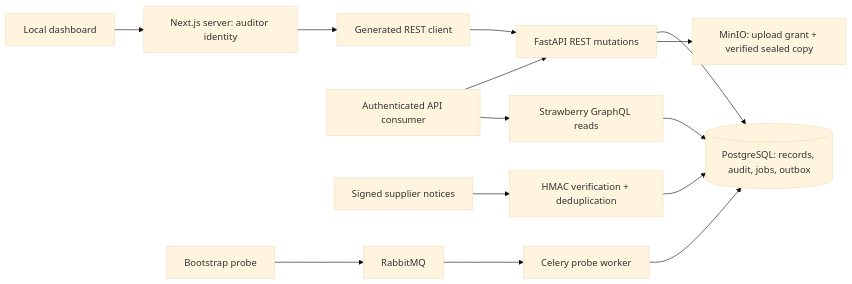
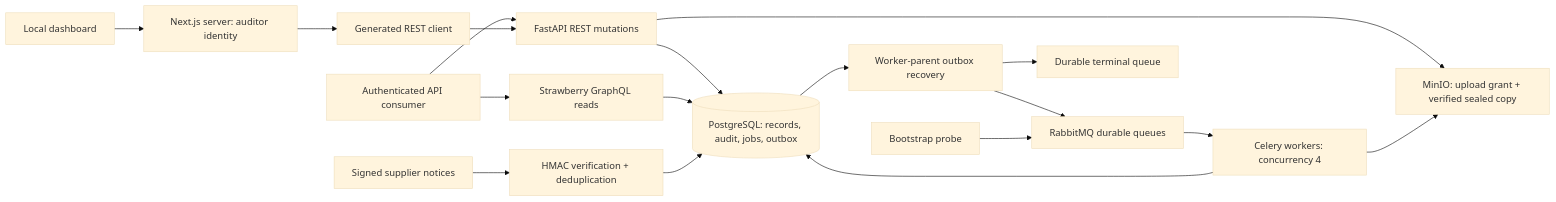
The diagram in docs/architecture/overview.md (Toki001/reconcileIQ), drawn with Mermaid (base theme) before and after one commit. The commit also changed other lines of this file and 40 other files, not shown here.

````diff
--- a/docs/architecture/overview.md
+++ b/docs/architecture/overview.md
@@ -3,16 +3,20 @@
 ```mermaid
 flowchart LR
   Browser[Local dashboard] --> Next[Next.js server: auditor identity]
   Next --> Client[Generated REST client]
   Integrator[Authenticated API consumer] --> REST[FastAPI REST mutations]
   Integrator --> GQL[Strawberry GraphQL reads]
   Client --> REST
   REST --> DB[(PostgreSQL: records, audit, jobs, outbox)]
   GQL --> DB
   Supplier[Signed supplier notices] --> HMAC[HMAC verification + deduplication]
   HMAC --> DB
   REST --> MinIO[MinIO: upload grant + verified sealed copy]
-  Probe[Bootstrap probe] --> Broker[RabbitMQ]
-  Broker --> Worker[Celery probe worker]
+  DB --> Publisher[Worker-parent outbox recovery]
+  Publisher --> Broker[RabbitMQ durable queues]
+  Probe[Bootstrap probe] --> Broker
+  Broker --> Worker[Celery workers: concurrency 4]
+  Worker --> MinIO
   Worker --> DB
+  Publisher --> Dead[Durable terminal queue]
 ```
````
